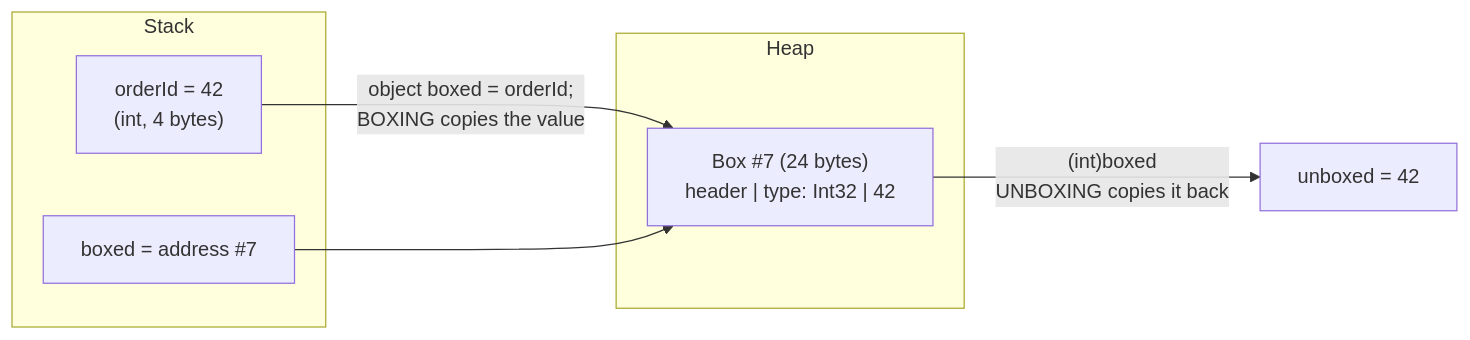
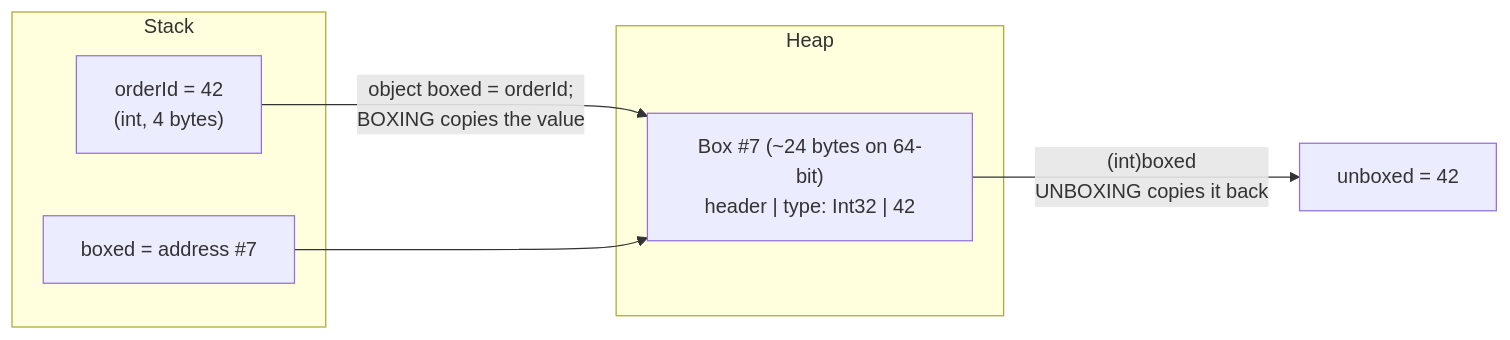
One commit to tushardongre1990/Claude-CSharp changed diagram 15 of 15 in chapters/01-csharp-fundamentals-oop/notes.md. Above: the diagram before and after it, drawn with Mermaid. The commit also changed other lines of this file and 11 other files, not shown here.

````diff
--- a/chapters/01-csharp-fundamentals-oop/notes.md
+++ b/chapters/01-csharp-fundamentals-oop/notes.md
@@ -3060,13 +3305,13 @@
 ```mermaid
 flowchart LR
     subgraph Stack
         V["orderId = 42<br/>(int, 4 bytes)"]
         R["boxed = address #7"]
     end
     subgraph Heap
-        B["Box #7 (24 bytes)<br/>header | type: Int32 | 42"]
+        B["Box #7 (~24 bytes on 64-bit)<br/>header | type: Int32 | 42"]
     end
     V -- "object boxed = orderId;<br/>BOXING copies the value" --> B
     R --> B
     B -- "(int)boxed<br/>UNBOXING copies it back" --> U["unboxed = 42"]
 ```
````
